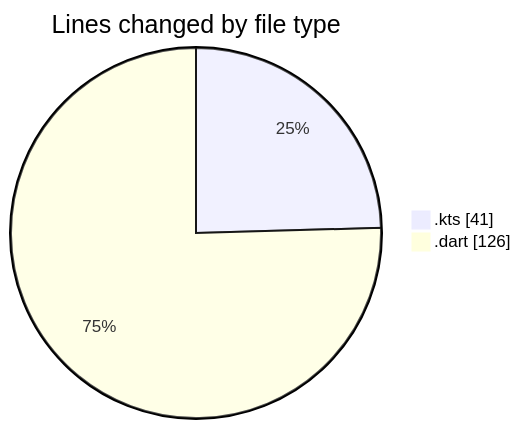
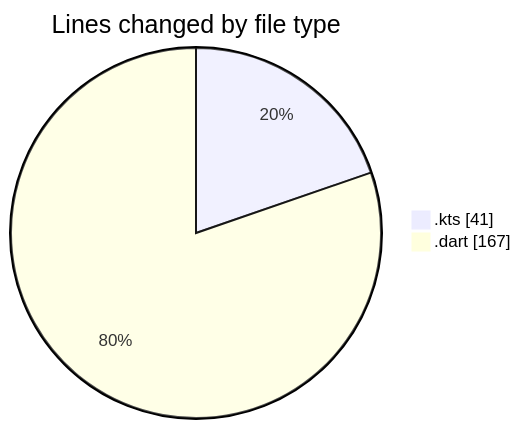
Before and after one commit to donsfak/code-tracking: the first of 2 diagrams in 2025-10-20/weather_insights_app/README.md, drawn with Mermaid. The commit also changed other lines of this file and 1 other file, not shown here.

````diff
--- a/2025-10-20/weather_insights_app/README.md
+++ b/2025-10-20/weather_insights_app/README.md
@@ -22,6 +22,6 @@
 ```mermaid
 pie showData
 title Lines changed by file type
 ".kts" : 41
-".dart" : 126
+".dart" : 167
 ```
````
